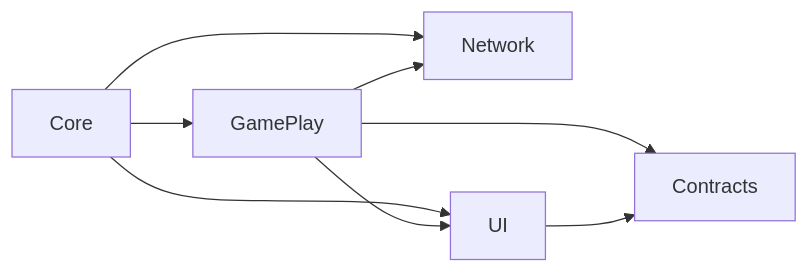
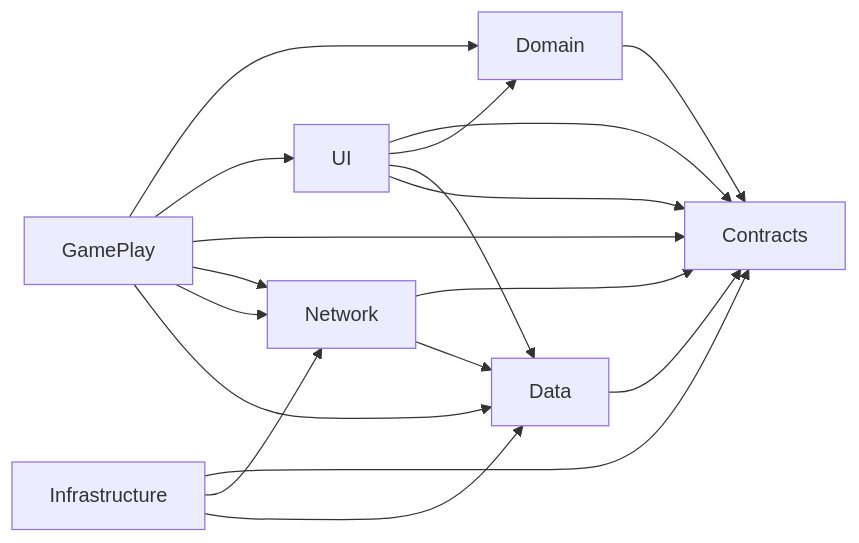
One commit to HyunWoo-Jo/ProjectHS changed the second of 3 diagrams in _Doc/System.md. Above: the diagram before and after it, drawn with Mermaid. The commit also changed other lines of this file, not shown here.

````diff
--- a/_Doc/System.md
+++ b/_Doc/System.md
@@ -74,19 +74,33 @@
 ```mermaid
 graph LR
-    Core;
+
     GamePlay;
     Network;
     UI;
     Contracts;
-
+    Infrastructure;
+    Domain;
+    Data;
 UI --> Contracts
 
+
+GamePlay --> Domain
 GamePlay --> UI
 GamePlay --> Contracts
 GamePlay --> Network
+GamePlay --> Network
+GamePlay --> Data
 
-Core --> GamePlay
-Core --> UI
-Core --> Network
+Domain --> Contracts
+Data --> Contracts
+Infrastructure --> Contracts
+Infrastructure --> Network
+Infrastructure --> Data
+UI --> Domain
+UI --> Data
+UI --> Contracts
+
+Network --> Contracts
+Network --> Data
 
 ```
````
